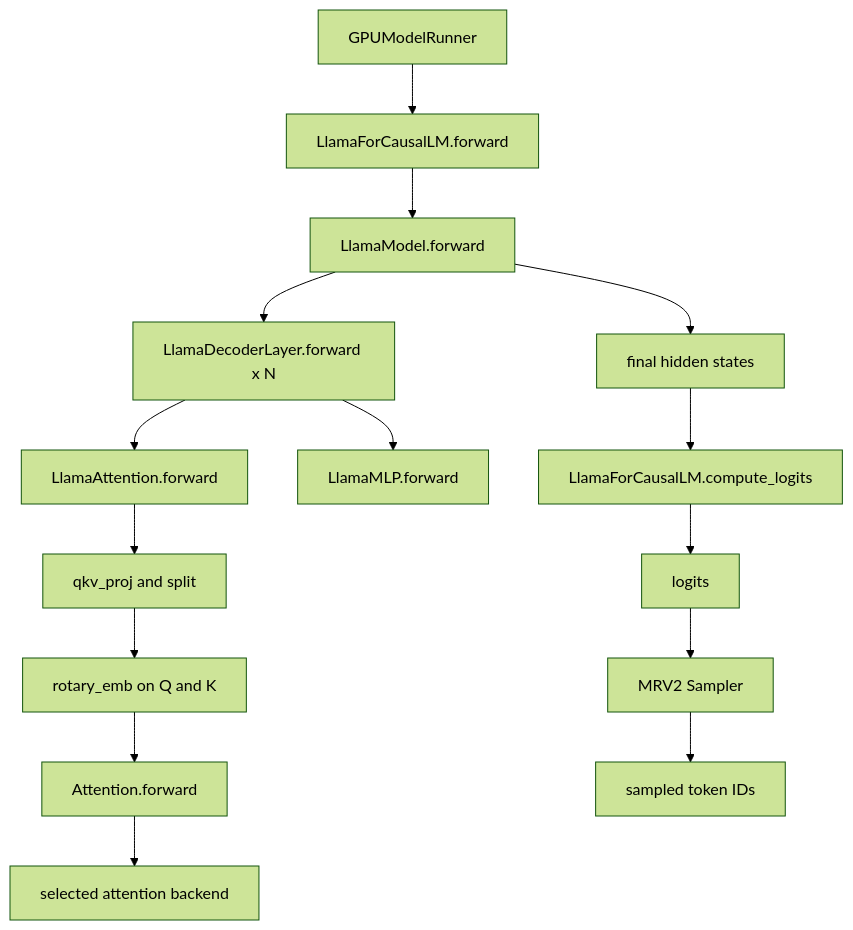
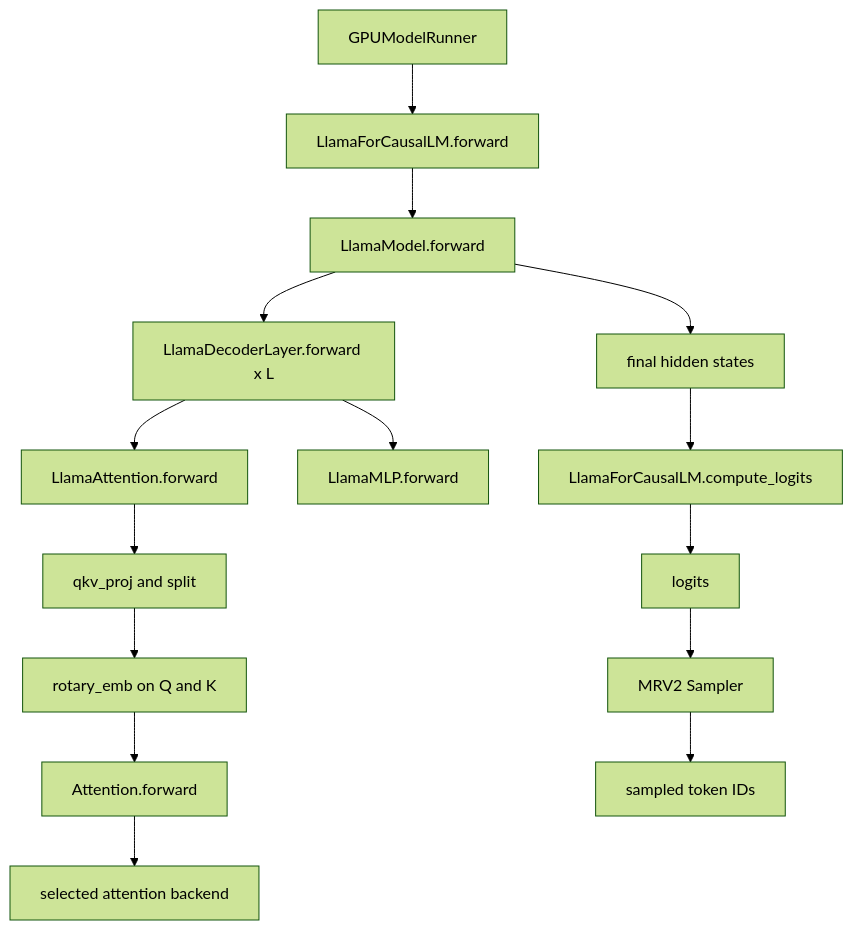
Before and after one commit to cluster1900/vllm_reader: diagram 15 of 16 in book/01-transformer-inference/README.md, drawn with Mermaid (forest theme). The commit also changed other lines of this file and 1 other file, not shown here.

Commit message:
docs(ch01): F/D 批次 B1 — 公式逐式核对与讲解、3 张新图、符号统一 (#128)

````diff
--- a/book/01-transformer-inference/README.md
+++ b/book/01-transformer-inference/README.md
@@ -1175,17 +1604,17 @@
 ```mermaid
 flowchart TD
     Runner[GPUModelRunner] --> LF[LlamaForCausalLM.forward]
     LF --> LM[LlamaModel.forward]
-    LM --> Layer[LlamaDecoderLayer.forward x N]
+    LM --> Layer[LlamaDecoderLayer.forward x L]
     Layer --> LA[LlamaAttention.forward]
     LA --> QKV[qkv_proj and split]
     QKV --> RoPE[rotary_emb on Q and K]
     RoPE --> A[Attention.forward]
     A --> Backend[selected attention backend]
     Layer --> MLP[LlamaMLP.forward]
     LM --> Hidden[final hidden states]
     Hidden --> CL[LlamaForCausalLM.compute_logits]
     CL --> Logits[logits]
     Logits --> Sampler[MRV2 Sampler]
     Sampler --> IDs[sampled token IDs]
 ```
````
